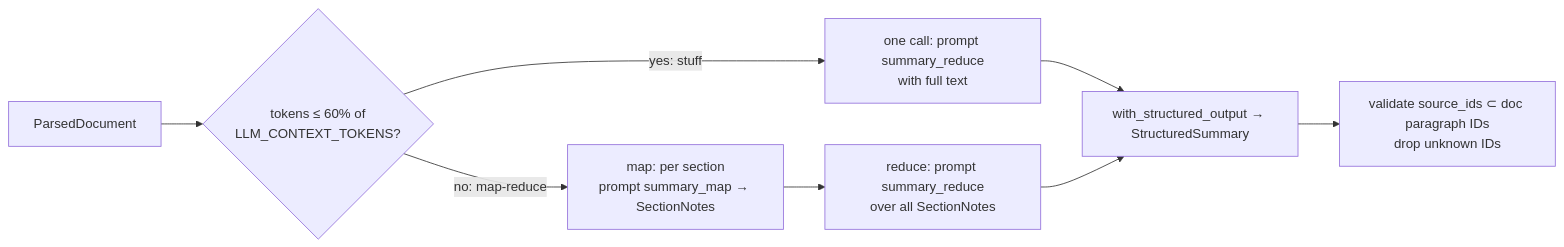
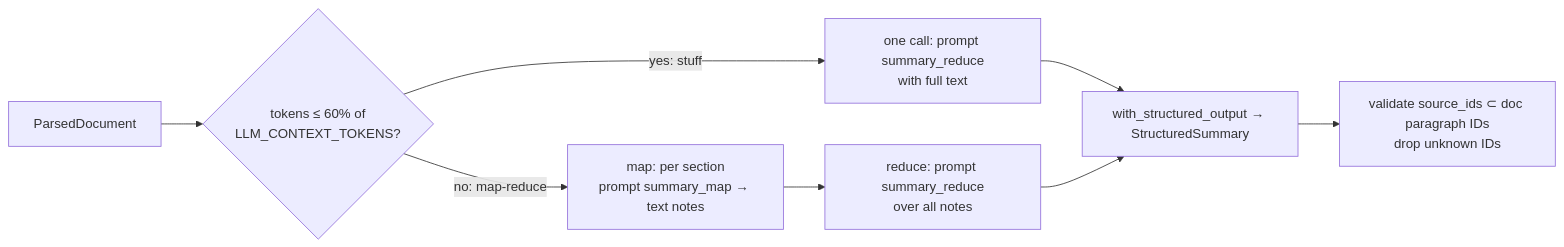
One commit to hamza-prof/industry-mentor-llm-agent changed the fourth of 9 diagrams in architecture.md. Above: the diagram before and after it, drawn with Mermaid. The commit also changed 5 other files, not shown here.

First line of the commit message:
Phase 3: structured summary (stuff or map-reduce)

````diff
--- a/architecture.md
+++ b/architecture.md
@@ -153,9 +153,9 @@
 ```mermaid
 flowchart LR
     D[ParsedDocument] --> T{tokens ≤ 60% of<br/>LLM_CONTEXT_TOKENS?}
     T -->|yes: stuff| S1[one call: prompt summary_reduce<br/>with full text]
-    T -->|no: map-reduce| M[map: per section<br/>prompt summary_map → SectionNotes]
-    M --> R[reduce: prompt summary_reduce<br/>over all SectionNotes]
+    T -->|no: map-reduce| M[map: per section<br/>prompt summary_map → text notes]
+    M --> R[reduce: prompt summary_reduce<br/>over all notes]
     S1 & R --> SO[with_structured_output → StructuredSummary]
     SO --> V[validate source_ids ⊂ doc paragraph IDs<br/>drop unknown IDs]
 ```
````
